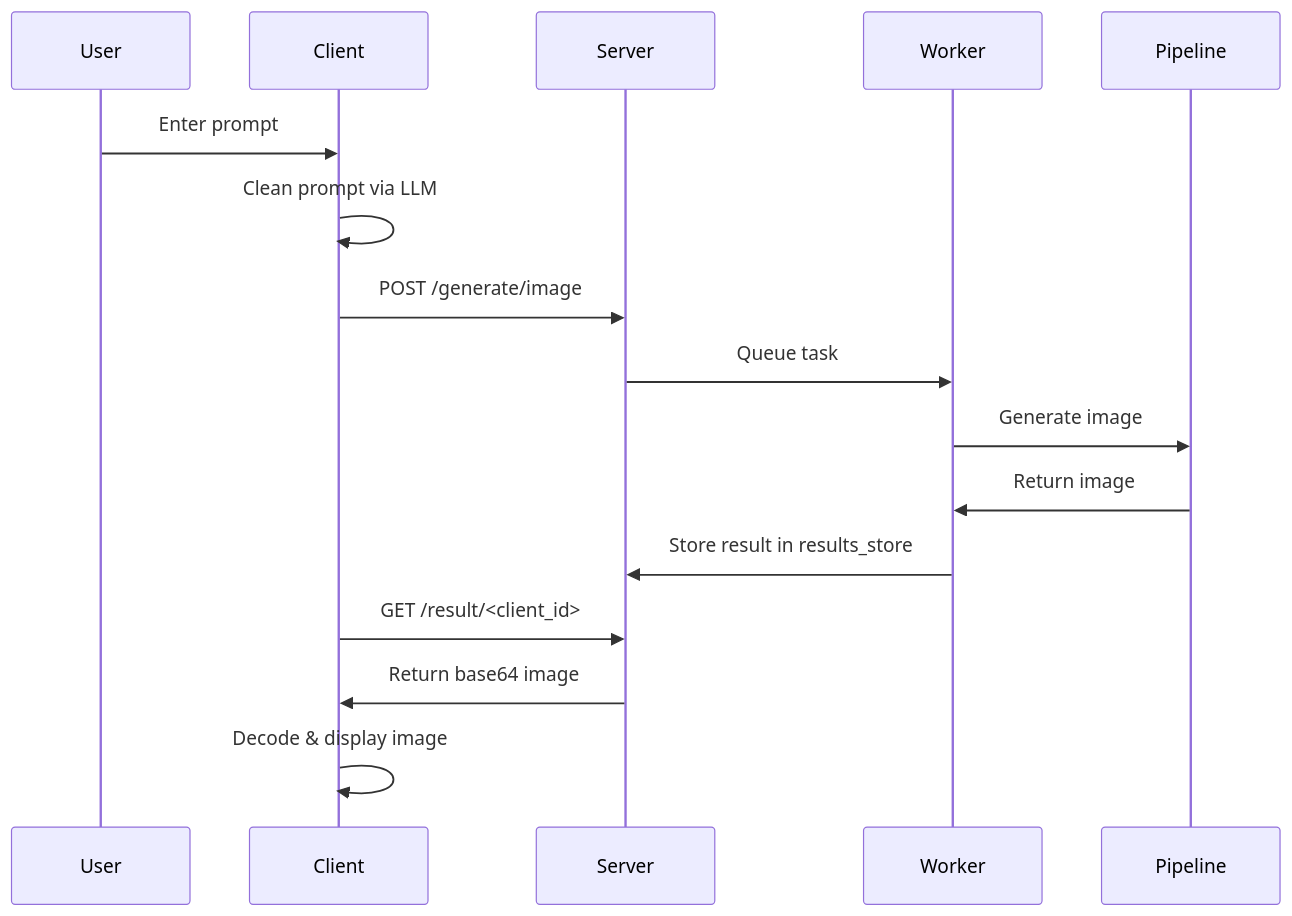
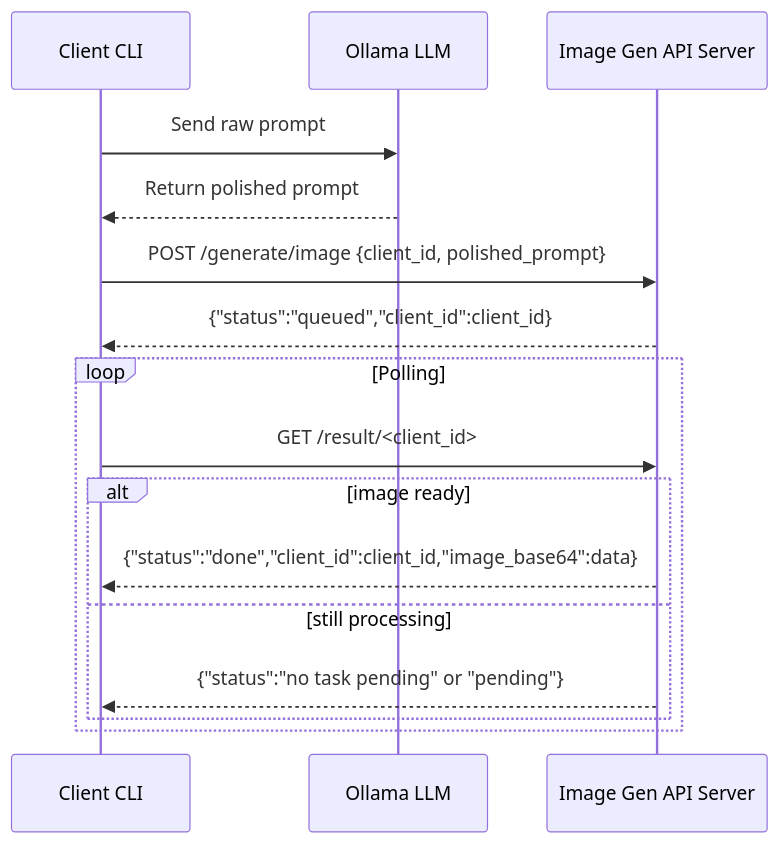
One commit to kemoycampbell/SVP_LLM changed the diagram in README.md. Above: the diagram before and after it, drawn with Mermaid. The commit also changed other lines of this file, not shown here.

Commit message:
simpify the diagram

````diff
--- a/README.md
+++ b/README.md
@@ -38,19 +25,21 @@
 ```mermaid
 sequenceDiagram
-    participant U as User
-    participant C as Client
-    participant S as Server
-    participant W as Worker
-    participant P as Pipeline
+    participant CLI as Client CLI
+    participant Ollama as Ollama  LLM
+    participant API as Image Gen API Server
 
-    U->>C: Enter prompt
-    C->>C: Clean prompt via LLM
-    C->>S: POST /generate/image
-    S->>W: Queue task
-    W->>P: Generate image
-    P->>W: Return image
-    W->>S: Store result in results_store
-    C->>S: GET /result/<client_id>
-    S->>C: Return base64 image
-    C->>C: Decode & display image
+    CLI->>Ollama: Send raw prompt
+    Ollama-->>CLI: Return polished prompt
+
+    CLI->>API: POST /generate/image {client_id, polished_prompt}
+    API-->>CLI: {"status":"queued","client_id":client_id}
+
+    loop Polling
+        CLI->>API: GET /result/<client_id>
+        alt image ready
+            API-->>CLI: {"status":"done","client_id":client_id,"image_base64":data}
+        else still processing
+            API-->>CLI: {"status":"no task pending" or "pending"}
+        end
+    end
 ```
````
